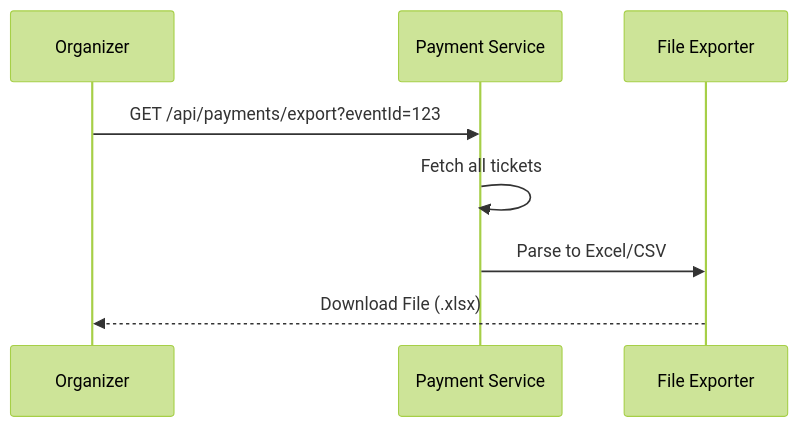
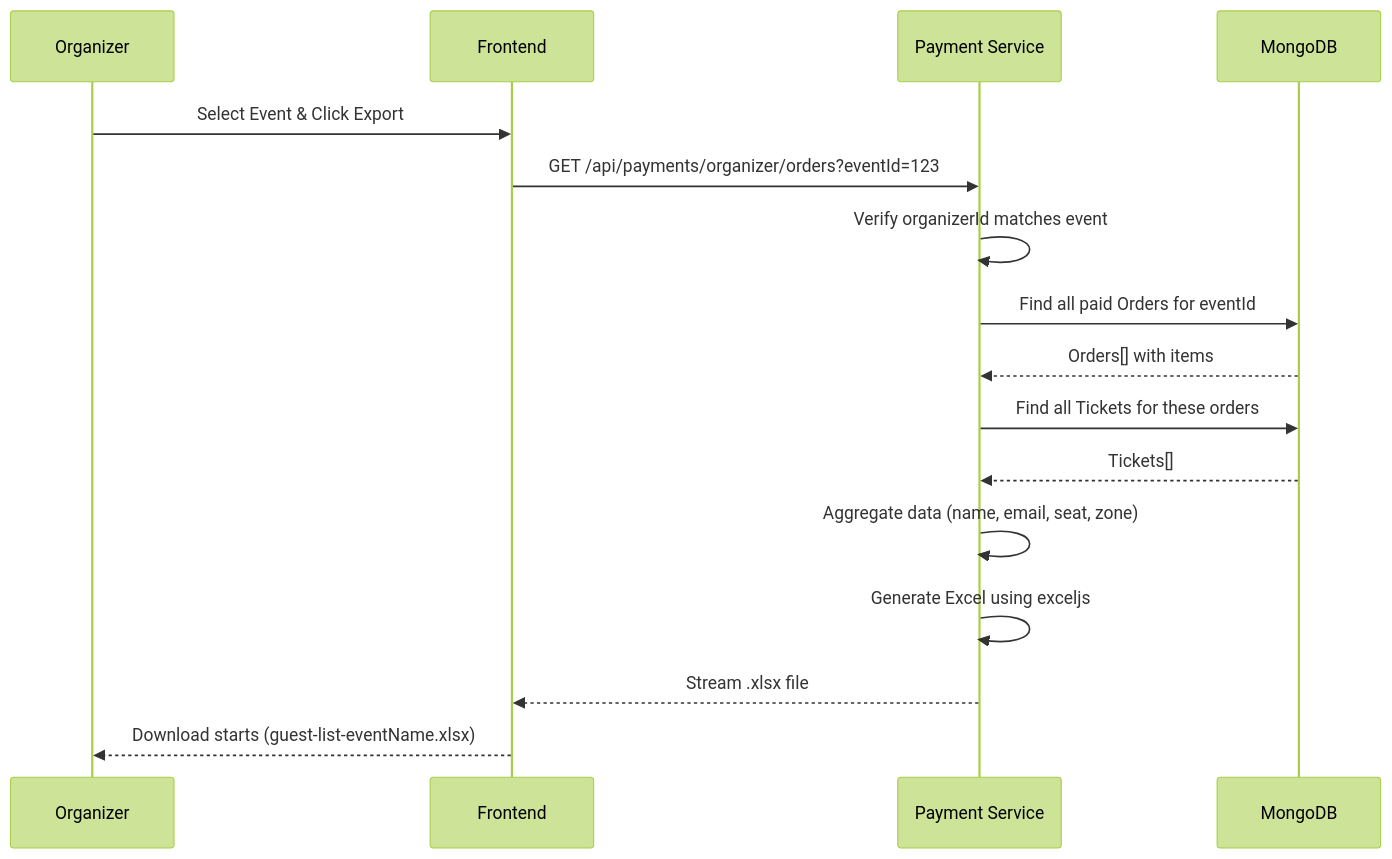
Before and after one commit to SDN-Group5/Event-Ticketing-Platform: diagram 17 of 52 in doc/UML/Phuc_AdminAnalytics.md, drawn with Mermaid (forest theme). The commit also changed other lines of this file and 3 other files, not shown here.

````diff
--- a/doc/UML/Phuc_AdminAnalytics.md
+++ b/doc/UML/Phuc_AdminAnalytics.md
@@ -160,10 +421,19 @@
 ```mermaid
 sequenceDiagram
     participant O as Organizer
-    participant P as Payment Service
-    participant F as File Exporter
-    O->>P: GET /api/payments/export?eventId=123
-    P->>P: Fetch all tickets
-    P->>F: Parse to Excel/CSV
-    F-->>O: Download File (.xlsx)
+    participant FE as Frontend
+    participant PS as Payment Service
+    participant DB as MongoDB
+    
+    O->>FE: Select Event & Click Export
+    FE->>PS: GET /api/payments/organizer/orders?eventId=123
+    PS->>PS: Verify organizerId matches event
+    PS->>DB: Find all paid Orders for eventId
+    DB-->>PS: Orders[] with items
+    PS->>DB: Find all Tickets for these orders
+    DB-->>PS: Tickets[]
+    PS->>PS: Aggregate data (name, email, seat, zone)
+    PS->>PS: Generate Excel using exceljs
+    PS-->>FE: Stream .xlsx file
+    FE-->>O: Download starts (guest-list-eventName.xlsx)
 ```
````
